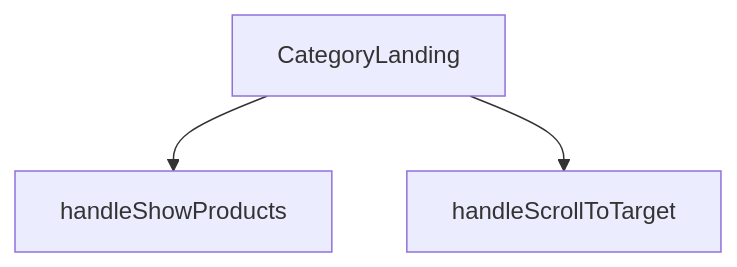
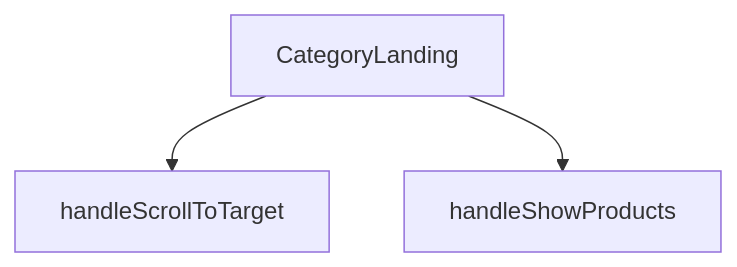
Before and after one commit to peckop/venthub-hvac-esite: the diagram in src/views/category/CategoryLandingView.md, drawn with Mermaid. The commit also changed other lines of this file and 94 other files, not shown here.

````diff
--- a/src/views/category/CategoryLandingView.md
+++ b/src/views/category/CategoryLandingView.md
@@ -136,8 +136,8 @@
 ```mermaid
 graph TD
     CategoryLandingView_tsx__CategoryLanding["CategoryLanding"]
     CategoryLandingView_tsx__handleScrollToTarget["handleScrollToTarget"]
     CategoryLandingView_tsx__handleShowProducts["handleShowProducts"]
+    CategoryLandingView_tsx__CategoryLanding --> CategoryLandingView_tsx__handleScrollToTarget
     CategoryLandingView_tsx__CategoryLanding --> CategoryLandingView_tsx__handleShowProducts
-    CategoryLandingView_tsx__CategoryLanding --> CategoryLandingView_tsx__handleScrollToTarget
 ```
````
